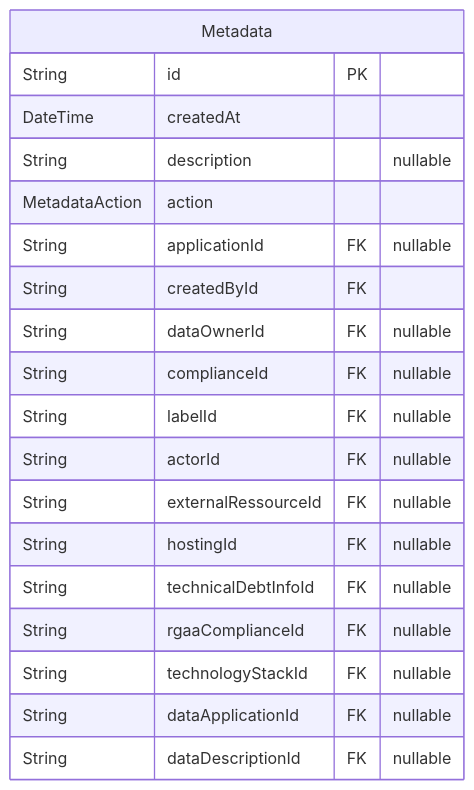
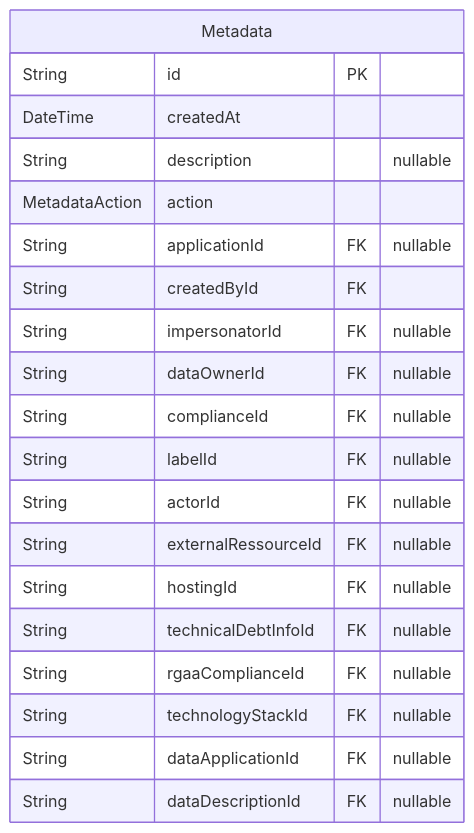
The seventh of 14 diagrams in backend/prisma/docs/schema.md (dnum-mi/referentiel-applications), drawn with Mermaid before and after one commit. The commit also changed other lines of this file and 18 other files, not shown here.

````diff
--- a/backend/prisma/docs/schema.md
+++ b/backend/prisma/docs/schema.md
@@ -671,22 +671,23 @@
 ```mermaid
 erDiagram
 "Metadata" {
   String id PK
   DateTime createdAt
   String description "nullable"
   MetadataAction action
   String applicationId FK "nullable"
   String createdById FK
+  String impersonatorId FK "nullable"
   String dataOwnerId FK "nullable"
   String complianceId FK "nullable"
   String labelId FK "nullable"
   String actorId FK "nullable"
   String externalRessourceId FK "nullable"
   String hostingId FK "nullable"
   String technicalDebtInfoId FK "nullable"
   String rgaaComplianceId FK "nullable"
   String technologyStackId FK "nullable"
   String dataApplicationId FK "nullable"
   String dataDescriptionId FK "nullable"
 }
 ```
````
